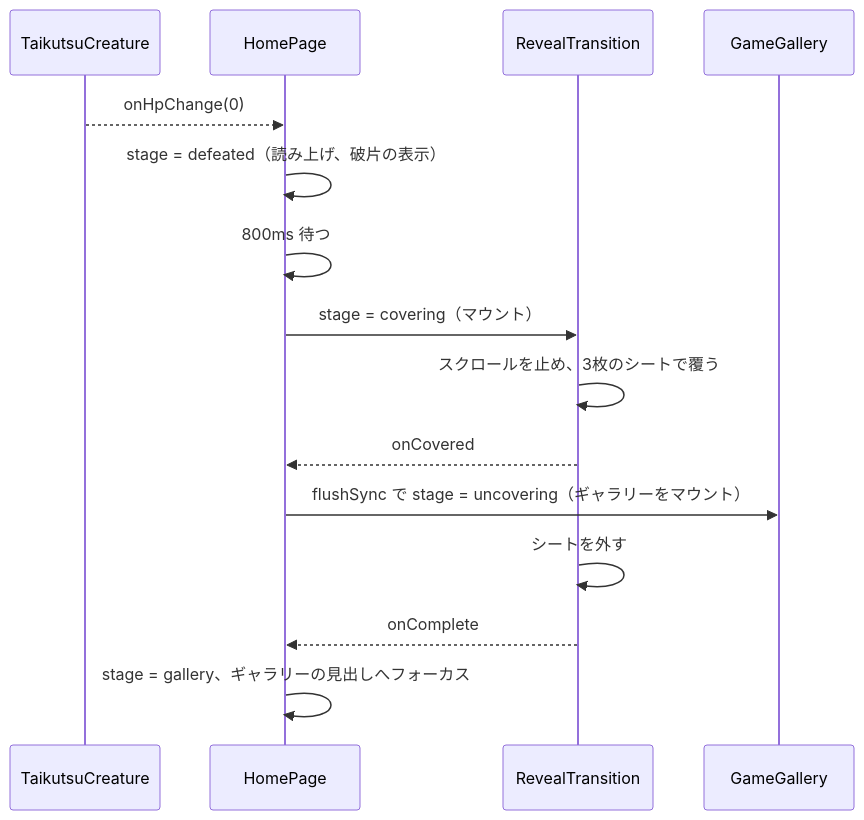
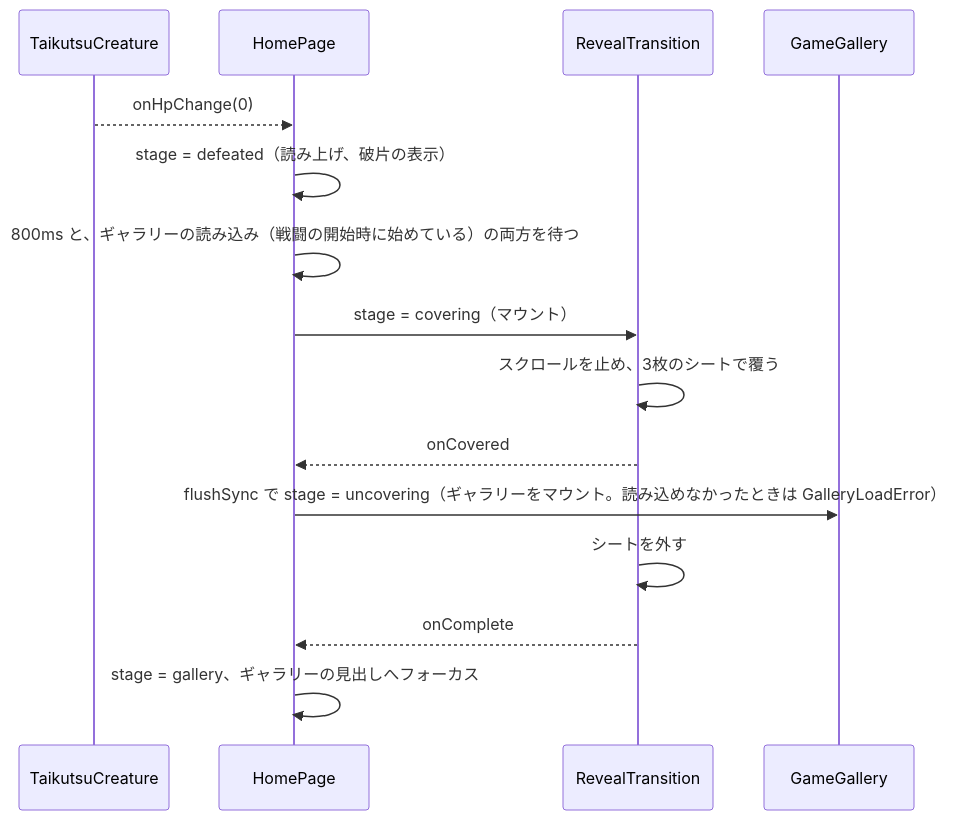
Before and after one commit to baco16g/taikutsu: the fifth of 5 diagrams in docs/architecture.md, drawn with Mermaid. The commit also changed other lines of this file and 2 other files, not shown here.

````diff
--- a/docs/architecture.md
+++ b/docs/architecture.md
@@ -217,18 +220,18 @@
 ```mermaid
 sequenceDiagram
     participant Creature as TaikutsuCreature
     participant Home as HomePage
     participant Reveal as RevealTransition
     participant Gallery as GameGallery
 
     Creature-->>Home: onHpChange(0)
     Home->>Home: stage = defeated（読み上げ、破片の表示）
-    Home->>Home: 800ms 待つ
+    Home->>Home: 800ms と、ギャラリーの読み込み（戦闘の開始時に始めている）の両方を待つ
     Home->>Reveal: stage = covering（マウント）
     Reveal->>Reveal: スクロールを止め、3枚のシートで覆う
     Reveal-->>Home: onCovered
-    Home->>Gallery: flushSync で stage = uncovering（ギャラリーをマウント）
+    Home->>Gallery: flushSync で stage = uncovering（ギャラリーをマウント。読み込めなかったときは GalleryLoadError）
     Reveal->>Reveal: シートを外す
     Reveal-->>Home: onComplete
     Home->>Home: stage = gallery、ギャラリーの見出しへフォーカス
 ```
````
